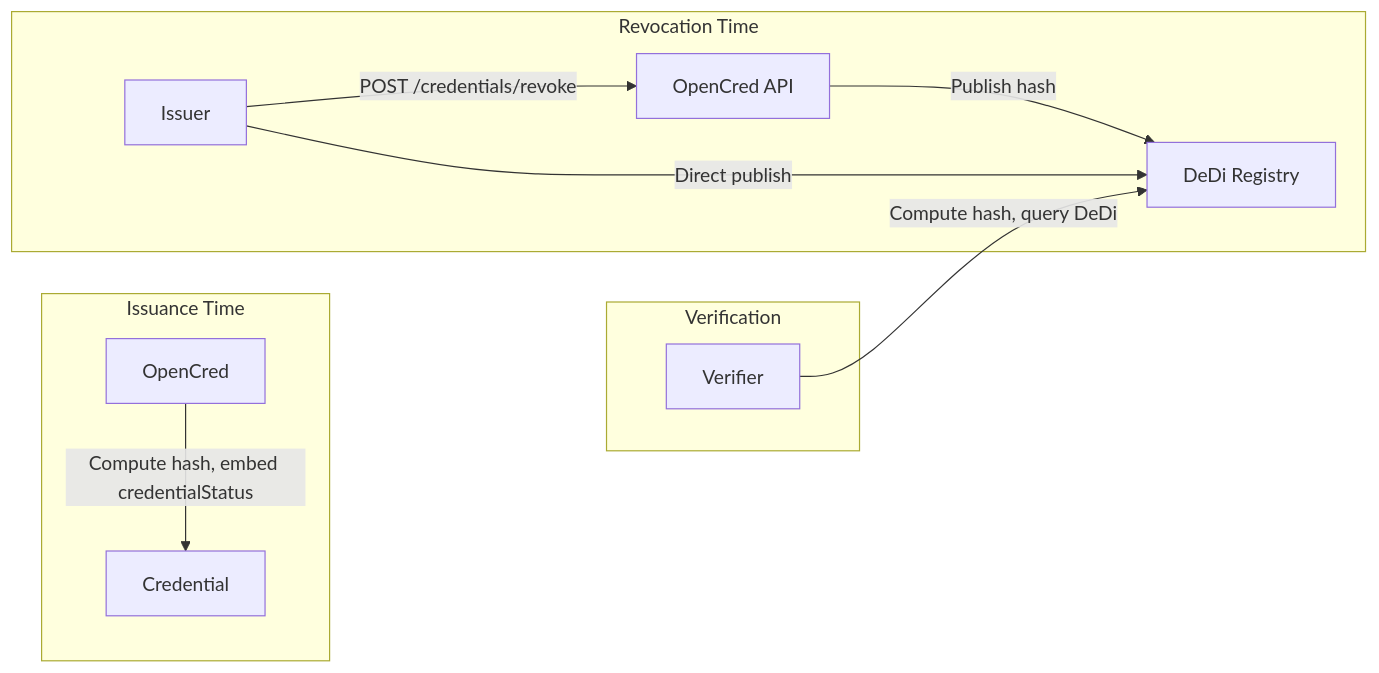
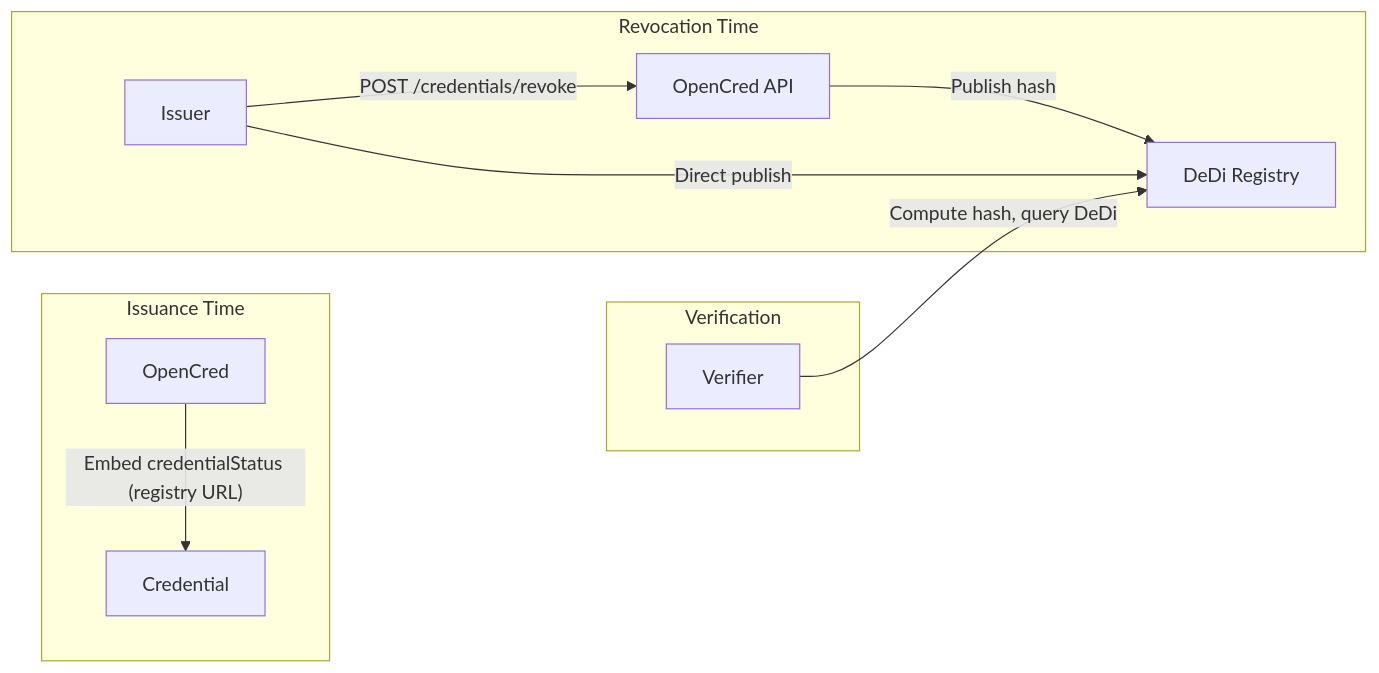
Before and after one commit to nfh-trust-labs/opencred: the fifth of 7 diagrams in OpenCred_PRD.md, drawn with Mermaid. The commit also changed other lines of this file, not shown here.

````diff
--- a/OpenCred_PRD.md
+++ b/OpenCred_PRD.md
@@ -644,14 +628,14 @@
 ```mermaid
 flowchart LR
     subgraph issuance [Issuance Time]
-        A[OpenCred] -->|"Compute hash, embed credentialStatus"| B[Credential]
+        A[OpenCred] -->|"Embed credentialStatus (registry URL)"| B[Credential]
     end
     subgraph revocation [Revocation Time]
         C[Issuer] -->|"POST /credentials/revoke"| D[OpenCred API]
         D -->|"Publish hash"| E[DeDi Registry]
         C -->|"Direct publish"| E
     end
     subgraph verification [Verification]
         F[Verifier] -->|"Compute hash, query DeDi"| E
     end
 ```
````
